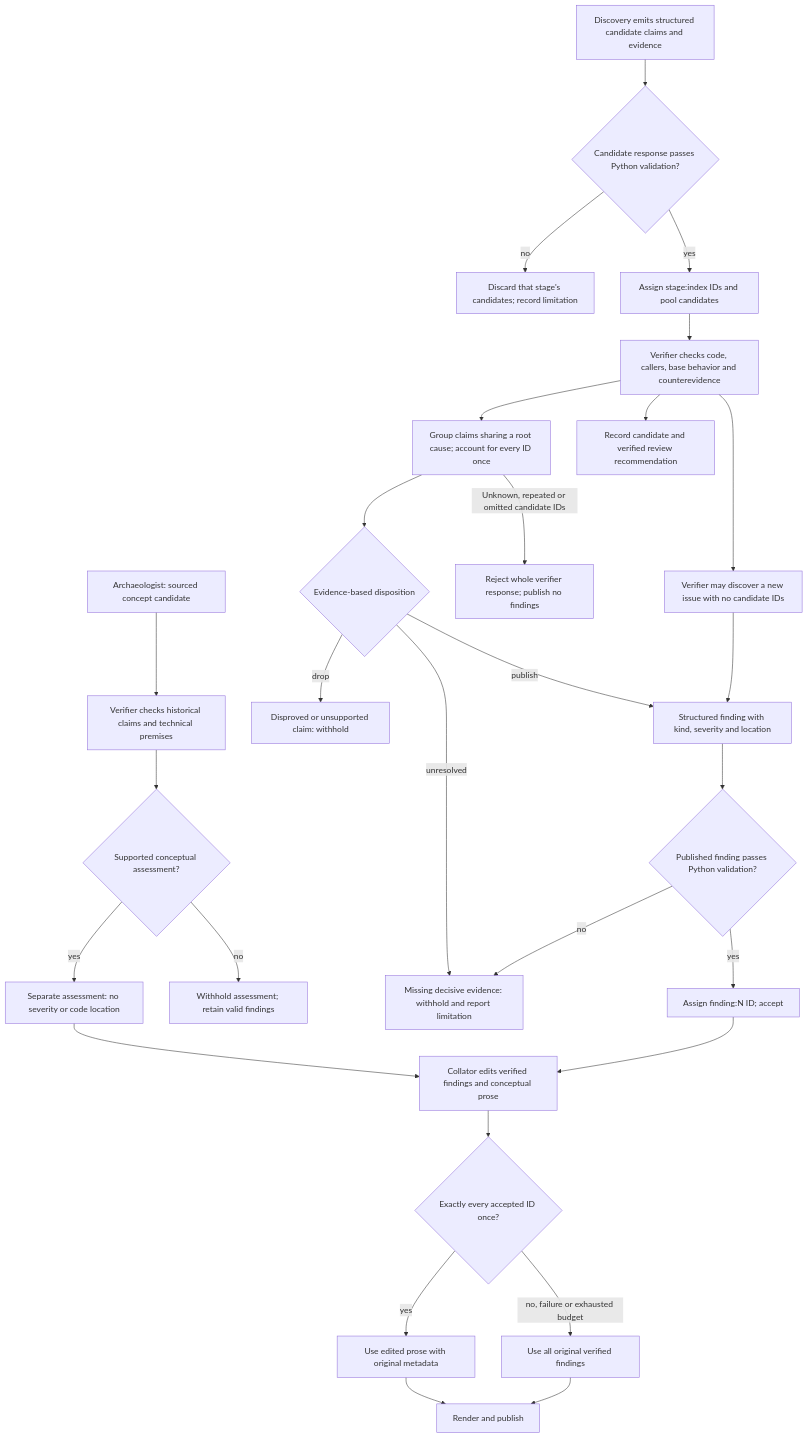
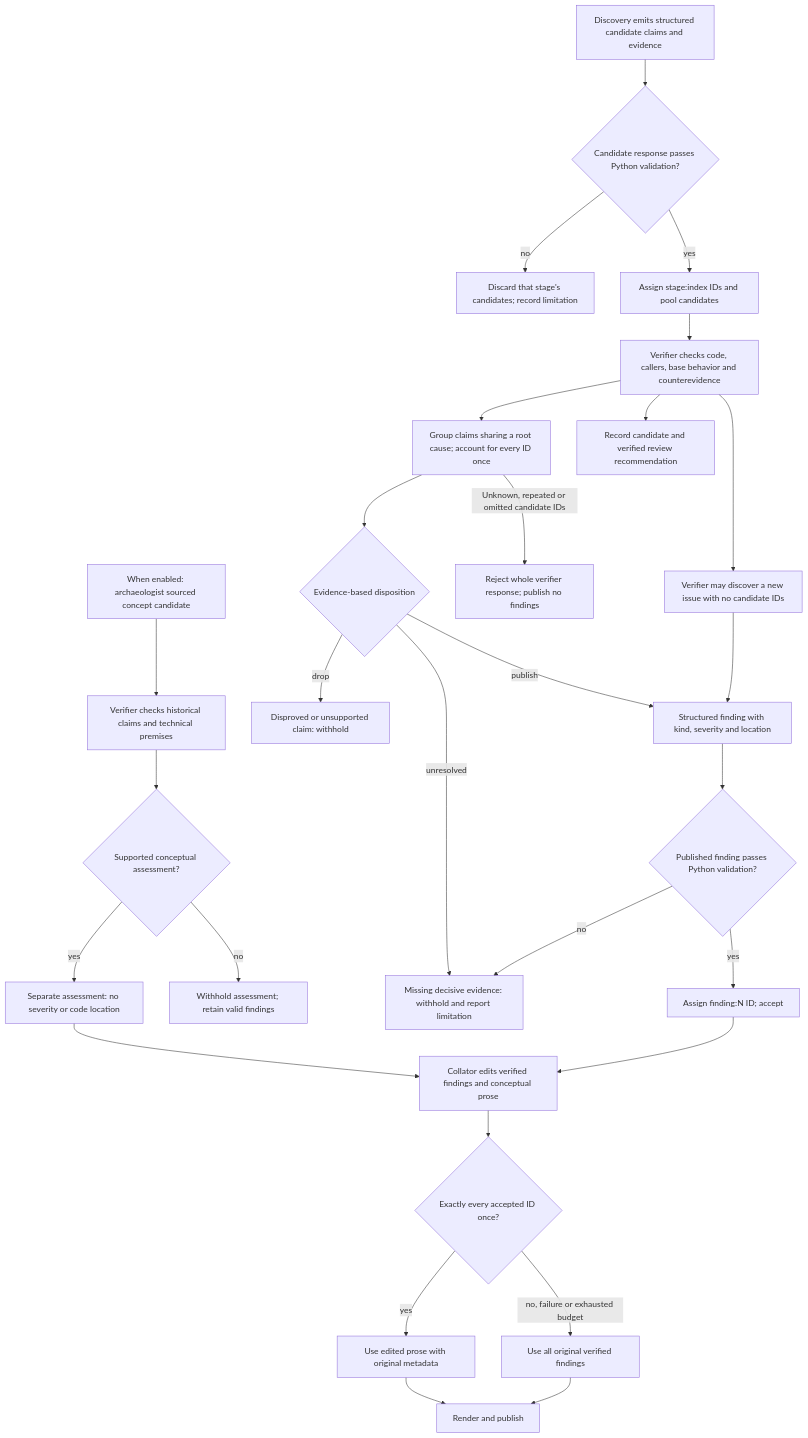
The third of 3 diagrams in pkgs/ralph/README.md (willcl-ark/nix), drawn with Mermaid before and after one commit. The commit also changed other lines of this file and 5 other files, not shown here.

````diff
--- a/pkgs/ralph/README.md
+++ b/pkgs/ralph/README.md
@@ -293,30 +315,30 @@
 ```mermaid
 flowchart TD
-    archaeology["Archaeologist: sourced concept candidate"] --> conceptcheck["Verifier checks historical claims and technical premises"]
+    archaeology["When enabled: archaeologist sourced concept candidate"] --> conceptcheck["Verifier checks historical claims and technical premises"]
     conceptcheck --> conceptdecision{"Supported conceptual assessment?"}
     conceptdecision -->|yes| concept["Separate assessment: no severity or code location"]
     conceptdecision -->|no| withheld["Withhold assessment; retain valid findings"]
     concept --> edit
     discovery["Discovery emits structured candidate claims and evidence"] --> valid{"Candidate response passes Python validation?"}
     valid -->|no| failed["Discard that stage's candidates; record limitation"]
     valid -->|yes| pool["Assign stage:index IDs and pool candidates"]
     pool --> verifier["Verifier checks code, callers, base behavior and counterevidence"]
     verifier --> group["Group claims sharing a root cause; account for every ID once"]
     group --> decision{"Evidence-based disposition"}
     decision -->|drop| drop["Disproved or unsupported claim: withhold"]
     decision -->|unresolved| unresolved["Missing decisive evidence: withhold and report limitation"]
     decision -->|publish| finding["Structured finding with kind, severity and location"]
     finding --> check{"Published finding passes Python validation?"}
     check -->|no| unresolved
     check -->|yes| accepted["Assign finding:N ID; accept"]
     verifier --> reviewed["Record candidate and verified review recommendation"]
     verifier --> new["Verifier may discover a new issue with no candidate IDs"]
     new --> finding
     accepted --> edit["Collator edits verified findings and conceptual prose"]
     edit --> ids{"Exactly every accepted ID once?"}
     ids -->|yes| edited["Use edited prose with original metadata"]
     ids -->|"no, failure or exhausted budget"| fallback["Use all original verified findings"]
     edited --> final["Render and publish"]
     fallback --> final
     group -->|"Unknown, repeated or omitted candidate IDs"| invalid["Reject whole verifier response; publish no findings"]
 ```
````
